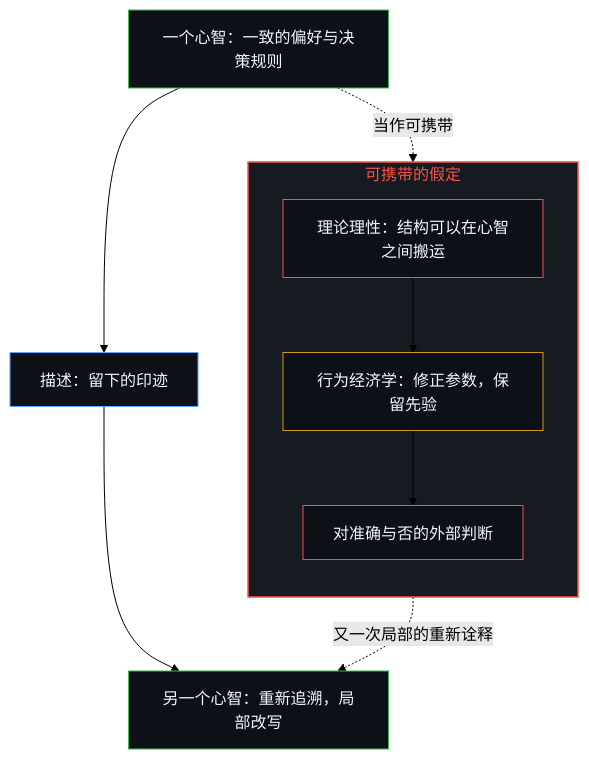
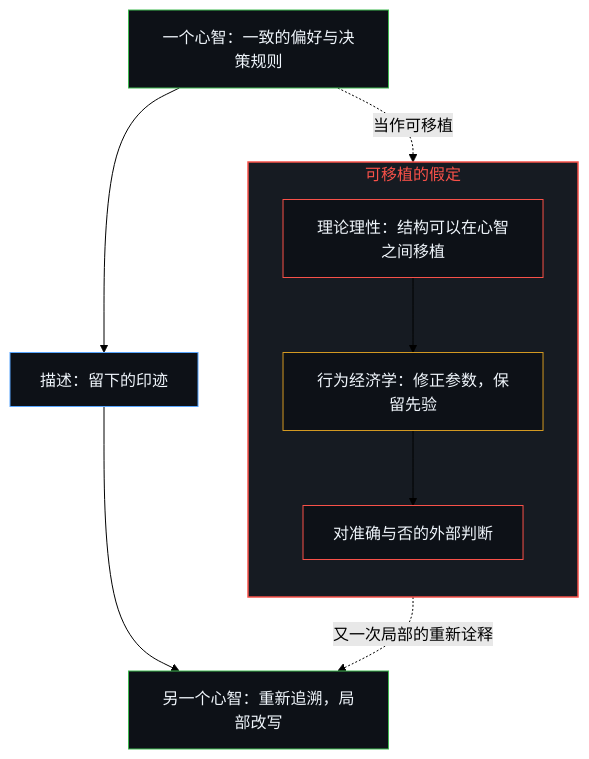
One commit to powerpig99/not-a-toe changed the first of 2 diagrams in content/posts/rationality-never-travels-across-the-mind.md. Above: the diagram before and after it, drawn with Mermaid (forest theme). The commit also changed other lines of this file and 2 other files, not shown here.

````diff
--- a/content/posts/rationality-never-travels-across-the-mind.md
+++ b/content/posts/rationality-never-travels-across-the-mind.md
@@ -29,22 +29,22 @@
 ```mermaid
 flowchart TD
     M1["一个心智：一致的偏好与决策规则"]
     K["描述：留下的印迹"]
     M2["另一个心智：重新追溯，局部改写"]
-    subgraph S_Port["可携带的假定"]
+    subgraph S_Port["可移植的假定"]
         direction TB
-        P1["理论理性：结构可以在心智之间搬运"]
+        P1["理论理性：结构可以在心智之间移植"]
         P2["行为经济学：修正参数，保留先验"]
         P3["对准确与否的外部判断"]
     end
     M1 --> K --> M2
-    M1 -.->|"当作可携带"| P1 --> P2 --> P3
+    M1 -.->|"当作可移植"| P1 --> P2 --> P3
     P3 -.->|"又一次局部的重新诠释"| M2
     style S_Port fill:#161b22,stroke:#f85149,stroke-width:1.5px,color:#f85149
     style M1 fill:#0d1117,stroke:#3fb950,stroke-width:1px,color:#f0f6fc
     style K fill:#0d1117,stroke:#58a6ff,stroke-width:1px,color:#f0f6fc
     style M2 fill:#0d1117,stroke:#3fb950,stroke-width:1px,color:#f0f6fc
     style P1 fill:#0d1117,stroke:#f85149,stroke-width:1px,color:#f0f6fc
     style P2 fill:#0d1117,stroke:#d29922,stroke-width:1px,color:#f0f6fc
     style P3 fill:#0d1117,stroke:#f85149,stroke-width:1px,color:#f0f6fc
 ```
````
